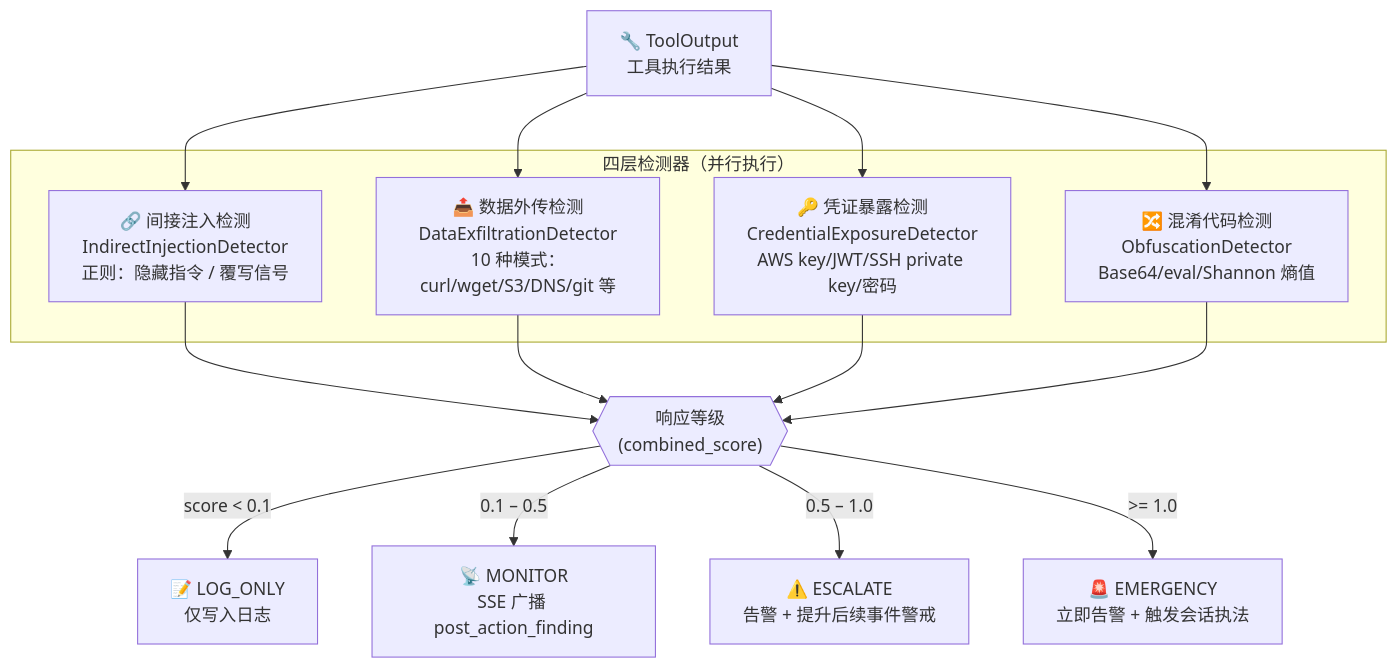
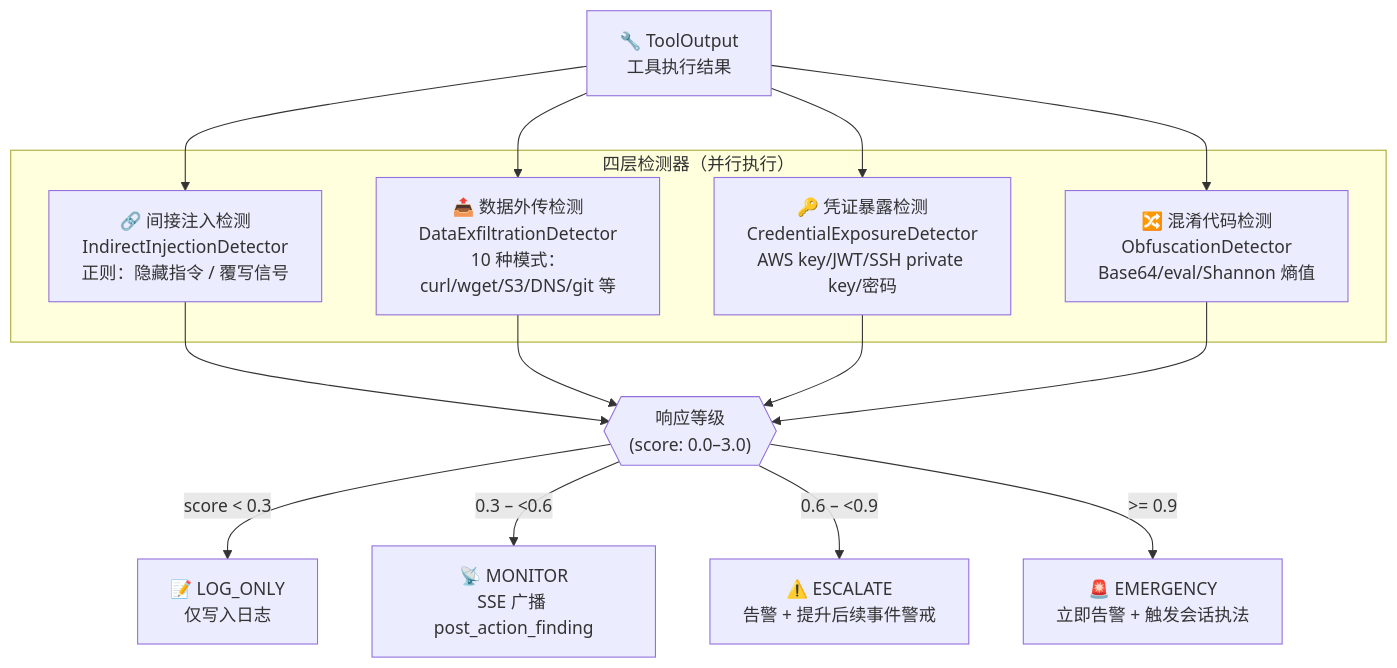
One commit to Elroyper/ClawSentry changed the diagram in site-docs/decision-layers/post-action.md. Above: the diagram before and after it, drawn with Mermaid. The commit also changed other lines of this file and 51 other files, not shown here.

````diff
--- a/site-docs/decision-layers/post-action.md
+++ b/site-docs/decision-layers/post-action.md
@@ -26,24 +26,24 @@
 ```mermaid
 graph TB
     TA["🔧 ToolOutput\n工具执行结果"]
 
     subgraph DETECTORS ["四层检测器（并行执行）"]
         D1["🔗 间接注入检测\nIndirectInjectionDetector\n正则：隐藏指令 / 覆写信号"]
         D2["📤 数据外传检测\nDataExfiltrationDetector\n10 种模式：curl/wget/S3/DNS/git 等"]
         D3["🔑 凭证暴露检测\nCredentialExposureDetector\nAWS key/JWT/SSH private key/密码"]
         D4["🔀 混淆代码检测\nObfuscationDetector\nBase64/eval/Shannon 熵值"]
     end
 
-    RESP{{"响应等级\n(combined_score)"}}
+    RESP{{"响应等级\n(score: 0.0–3.0)"}}
     LO["📝 LOG_ONLY\n仅写入日志"]
     MON["📡 MONITOR\nSSE 广播 post_action_finding"]
     ESC["⚠️ ESCALATE\n告警 + 提升后续事件警戒"]
     EME["🚨 EMERGENCY\n立即告警 + 触发会话执法"]
 
     TA --> D1 & D2 & D3 & D4
     D1 & D2 & D3 & D4 --> RESP
-    RESP -->|"score < 0.1"| LO
-    RESP -->|"0.1 – 0.5"| MON
-    RESP -->|"0.5 – 1.0"| ESC
-    RESP -->|">= 1.0"| EME
+    RESP -->|"score < 0.3"| LO
+    RESP -->|"0.3 – <0.6"| MON
+    RESP -->|"0.6 – <0.9"| ESC
+    RESP -->|">= 0.9"| EME
 ```
````
